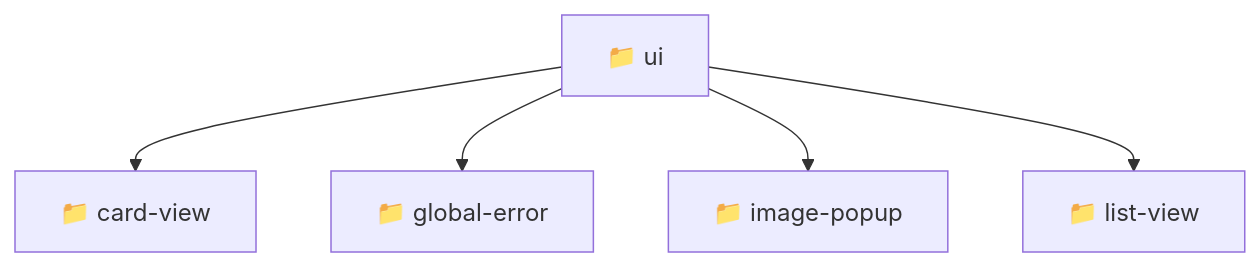
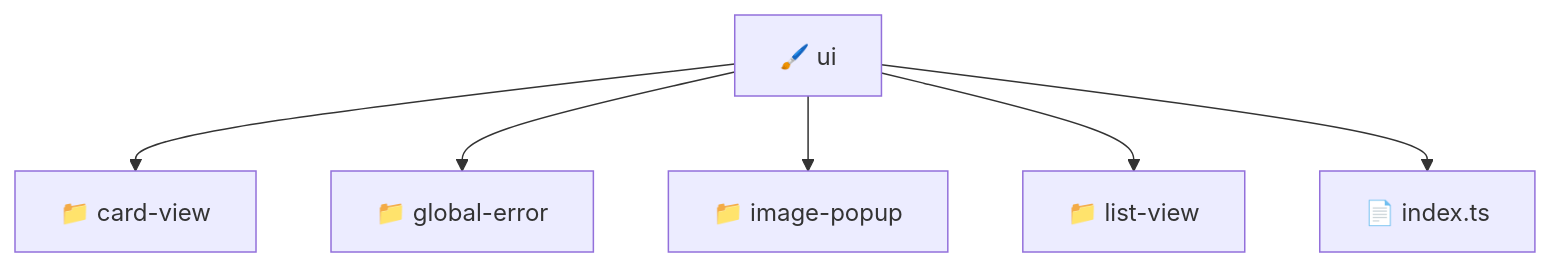
Before and after one commit to beginwebdev2002/fullstack-mavluda: the diagram in frontend/src/shared/ui/README.md, drawn with Mermaid. The commit also changed other lines of this file and 165 other files, not shown here.

First line of the commit message:
docs: generate localized architectural READMEs

````diff
--- a/frontend/src/shared/ui/README.md
+++ b/frontend/src/shared/ui/README.md
@@ -10,8 +11,9 @@
 ```mermaid
 graph TD
-  Root["📁 ui"]
-  Root --> cardview["📁 card-view"]
-  Root --> globalerror["📁 global-error"]
-  Root --> imagepopup["📁 image-popup"]
-  Root --> listview["📁 list-view"]
+  ui["🖌️ ui"]
+  ui --> card_view["📁 card-view"]
+  ui --> global_error["📁 global-error"]
+  ui --> image_popup["📁 image-popup"]
+  ui --> list_view["📁 list-view"]
+  ui --> index_ts["📄 index.ts"]
 ```
````
